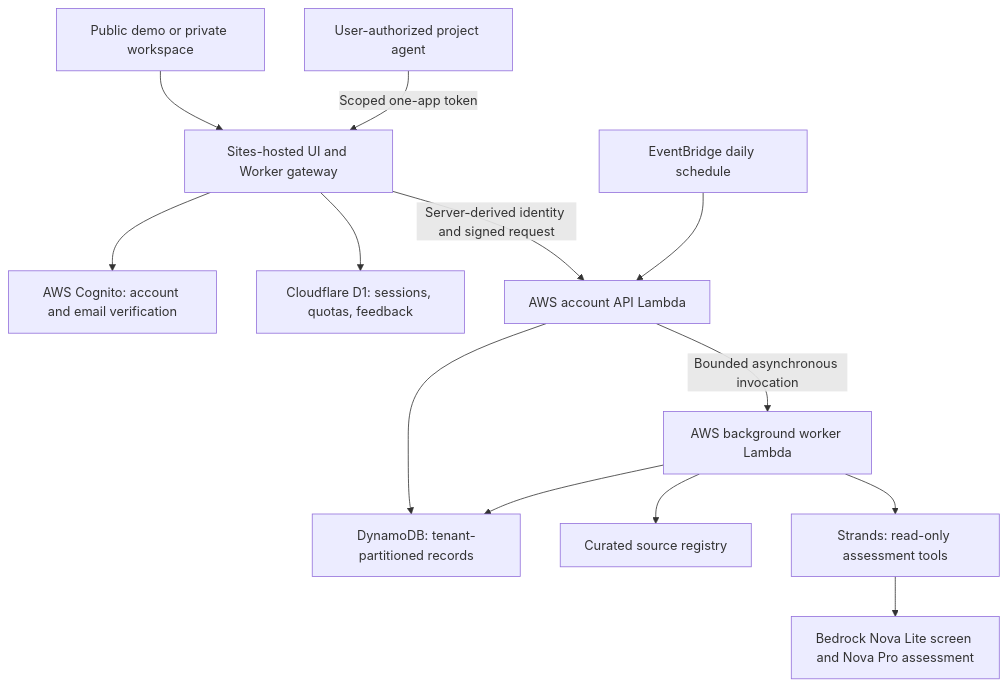
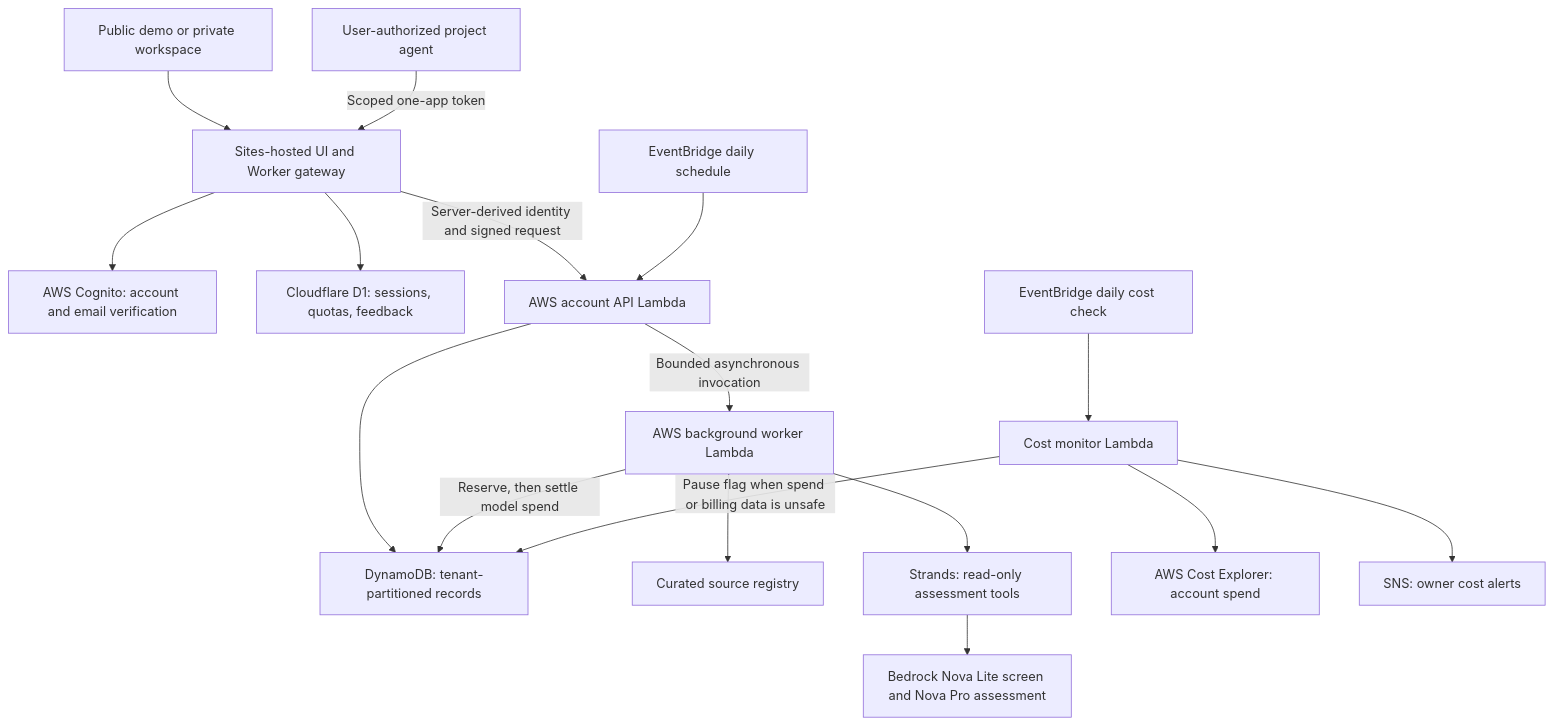
Before and after one commit to kelvin-ling/builtwatch: the diagram in docs/ARCHITECTURE.md, drawn with Mermaid. The commit also changed other lines of this file and 8 other files, not shown here.

````diff
--- a/docs/ARCHITECTURE.md
+++ b/docs/ARCHITECTURE.md
@@ -15,15 +15,19 @@
 ```mermaid
 flowchart TD
   Browser[Public demo or private workspace] --> Gateway[Sites-hosted UI and Worker gateway]
   Gateway --> Cognito[AWS Cognito: account and email verification]
   Gateway --> D1[Cloudflare D1: sessions, quotas, feedback]
   Gateway -->|Server-derived identity and signed request| API[AWS account API Lambda]
   API --> DDB[DynamoDB: tenant-partitioned records]
   API -->|Bounded asynchronous invocation| Worker[AWS background worker Lambda]
   Schedule[EventBridge daily schedule] --> API
   Worker --> Sources[Curated source registry]
   Worker --> Strands[Strands: read-only assessment tools]
   Strands --> Bedrock[Bedrock Nova Lite screen and Nova Pro assessment]
-  Worker --> DDB
+  Worker -->|Reserve, then settle model spend| DDB
   Agent[User-authorized project agent] -->|Scoped one-app token| Gateway
+  CostSchedule[EventBridge daily cost check] --> Monitor[Cost monitor Lambda]
+  Monitor --> CE[AWS Cost Explorer: account spend]
+  Monitor --> SNS[SNS: owner cost alerts]
+  Monitor -->|Pause flag when spend or billing data is unsafe| DDB
 ```
````
